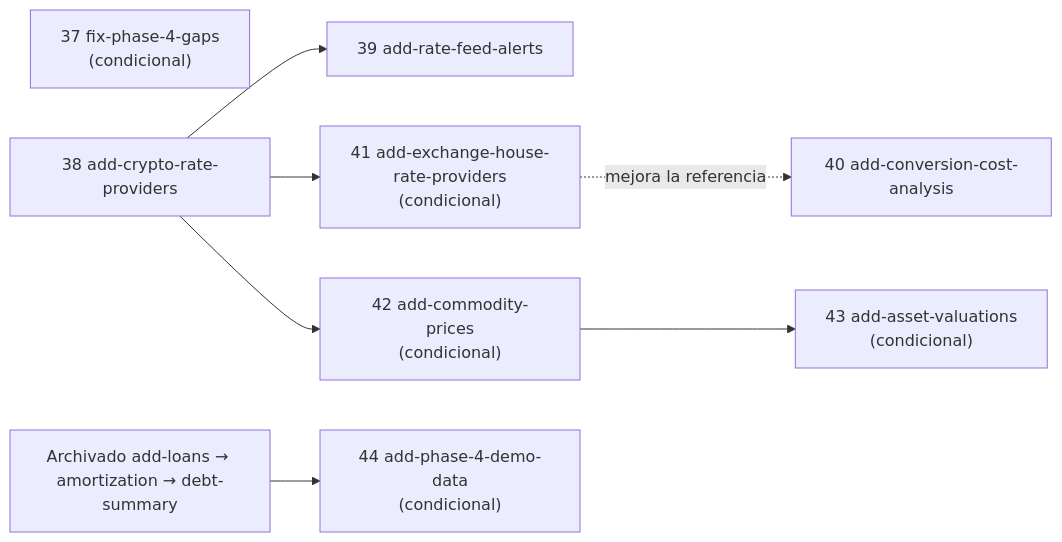
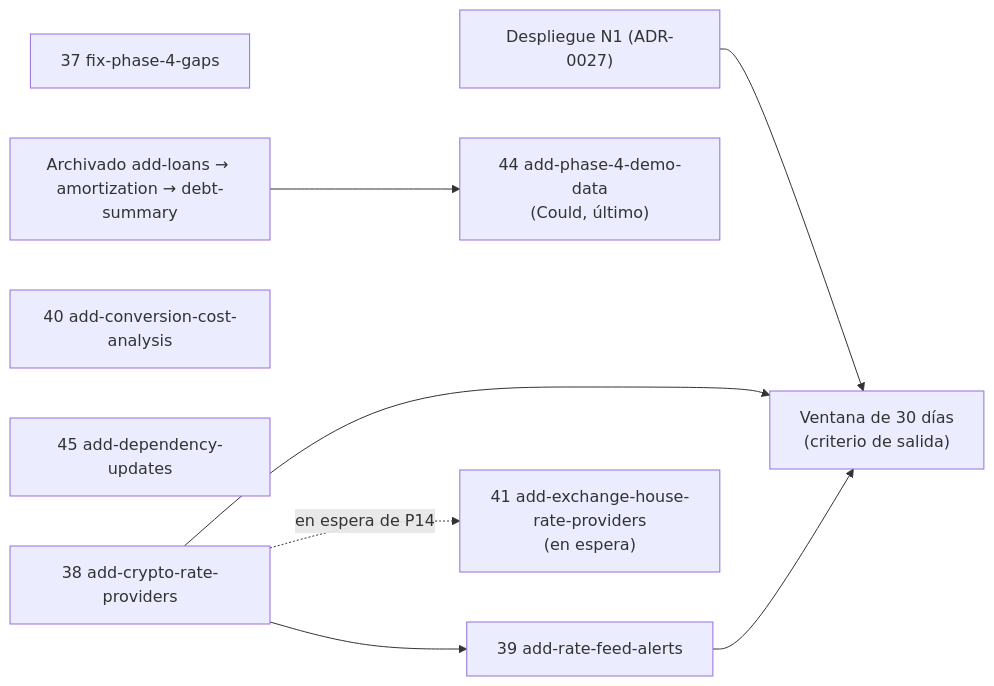
The diagram in docs/39-phase-4-closure-and-phase-5-design.md (manuXD270516/personal-finances), drawn with Mermaid before and after one commit. The commit also changed other lines of this file and 3 other files, not shown here.

````diff
--- a/docs/39-phase-4-closure-and-phase-5-design.md
+++ b/docs/39-phase-4-closure-and-phase-5-design.md
@@ -139,10 +147,12 @@
 ```mermaid
 flowchart LR
-  F37["37 fix-phase-4-gaps<br/>(condicional)"]
+  F37["37 fix-phase-4-gaps"]
   C38["38 add-crypto-rate-providers"] --> A39["39 add-rate-feed-alerts"]
-  C38 --> E41["41 add-exchange-house-rate-providers<br/>(condicional)"]
-  C38 --> M42["42 add-commodity-prices<br/>(condicional)"] --> V43["43 add-asset-valuations<br/>(condicional)"]
   K40["40 add-conversion-cost-analysis"]
-  E41 -.mejora la referencia.-> K40
-  ARCH["Archivado add-loans → amortization → debt-summary"] --> D44["44 add-phase-4-demo-data<br/>(condicional)"]
+  P45["45 add-dependency-updates"]
+  ARCH["Archivado add-loans → amortization → debt-summary"] --> D44["44 add-phase-4-demo-data<br/>(Could, último)"]
+  N1["Despliegue N1 (ADR-0027)"] --> W30["Ventana de 30 días<br/>(criterio de salida)"]
+  C38 --> W30
+  A39 --> W30
+  C38 -.en espera de P14.-> E41["41 add-exchange-house-rate-providers<br/>(en espera)"]
 ```
````
